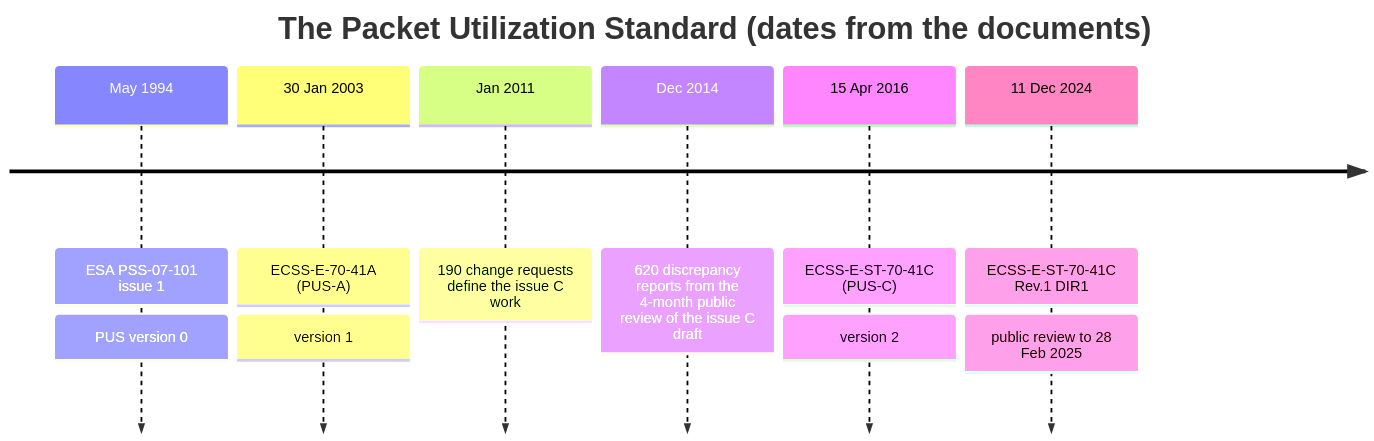
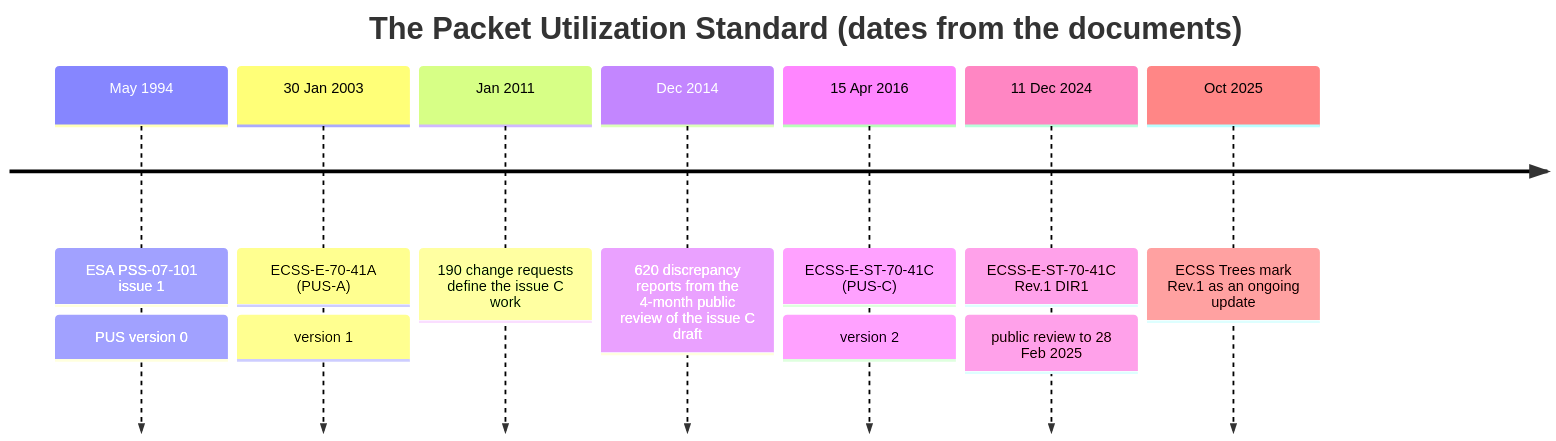
The second of 2 diagrams in docs/overview/standards-map.md (feiteira/OPEN-SPACE-INFO), drawn with Mermaid before and after one commit. The commit also changed other lines of this file and 1311 other files, not shown here.

````diff
--- a/docs/overview/standards-map.md
+++ b/docs/overview/standards-map.md
@@ -334,10 +407,11 @@
 ```mermaid
 timeline
   title The Packet Utilization Standard (dates from the documents)
   May 1994 : ESA PSS-07-101 issue 1 : PUS version 0
   30 Jan 2003 : ECSS-E-70-41A (PUS-A) : version 1
   Jan 2011 : 190 change requests define the issue C work
   Dec 2014 : 620 discrepancy reports from the 4-month public review of the issue C draft
   15 Apr 2016 : ECSS-E-ST-70-41C (PUS-C) : version 2
   11 Dec 2024 : ECSS-E-ST-70-41C Rev.1 DIR1 : public review to 28 Feb 2025
+  Oct 2025 : ECSS Trees mark Rev.1 as an ongoing update
 ```
````
